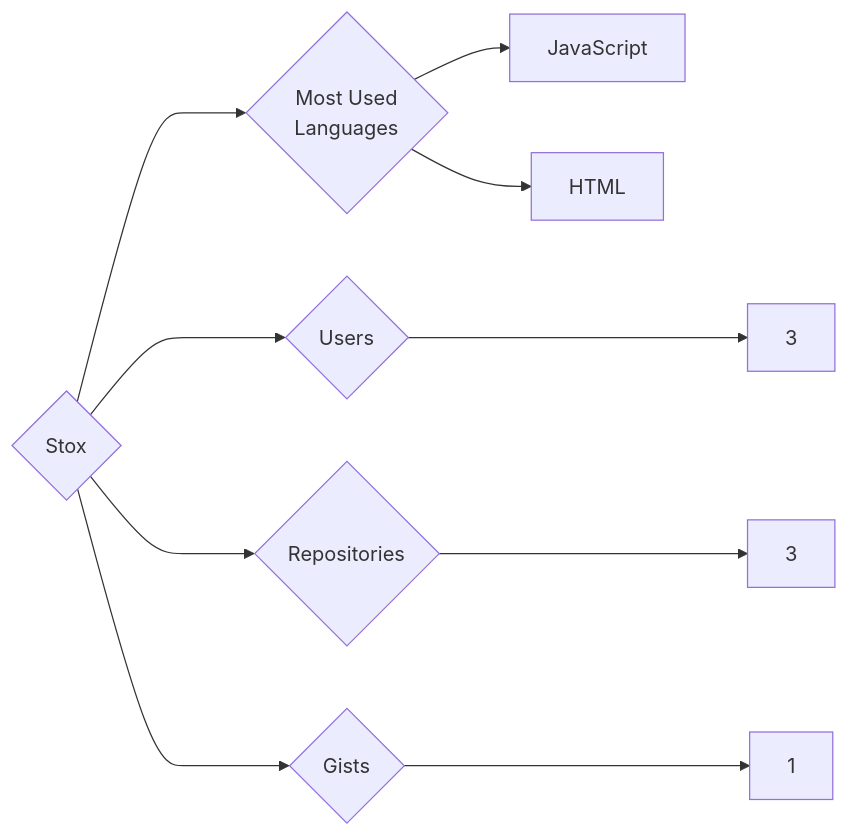
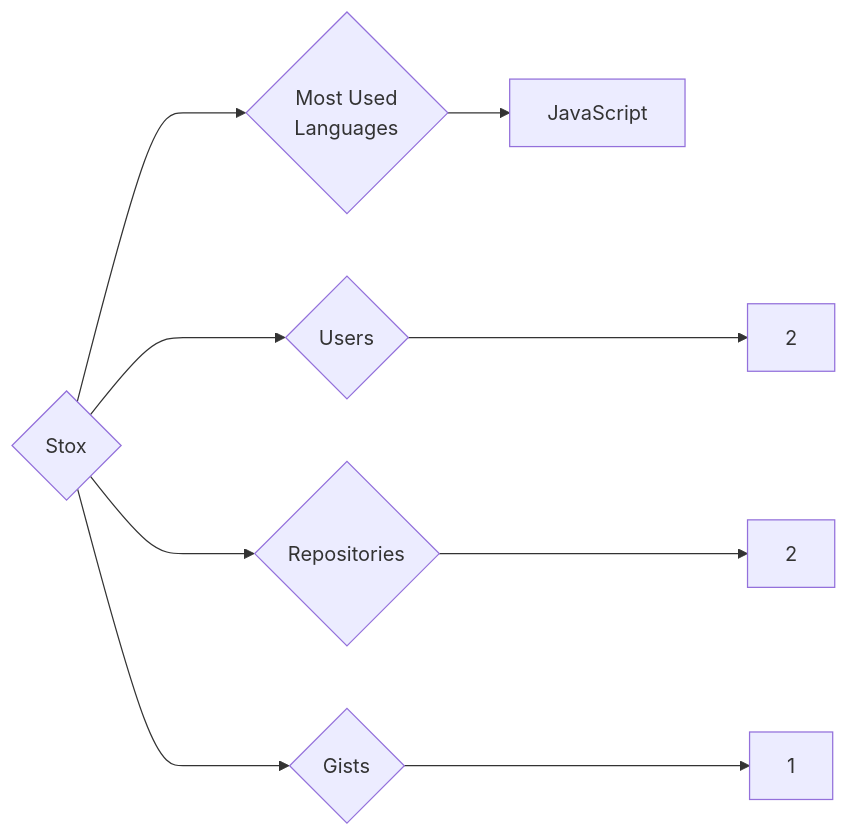
Before and after one commit to trickest/insiders: the diagram in targets/Stox/README.md, drawn with Mermaid. The commit also changed 682 other files, not shown here.

````diff
--- a/targets/Stox/README.md
+++ b/targets/Stox/README.md
@@ -3,10 +3,9 @@
 ```mermaid
 graph LR
 COMPANY_NAME{Stox}
-COMPANY_NAME ---> U{Users} ---> UN[3]
-COMPANY_NAME ---> R{Repositories} ---> RN[3]
+COMPANY_NAME ---> U{Users} ---> UN[2]
+COMPANY_NAME ---> R{Repositories} ---> RN[2]
 COMPANY_NAME ---> G{Gists} ---> GN[1]
 COMPANY_NAME ---> ML{Most Used<br>Languages}
 ML --> JavaScript[JavaScript]
-ML --> HTML[HTML]
 ```
````
